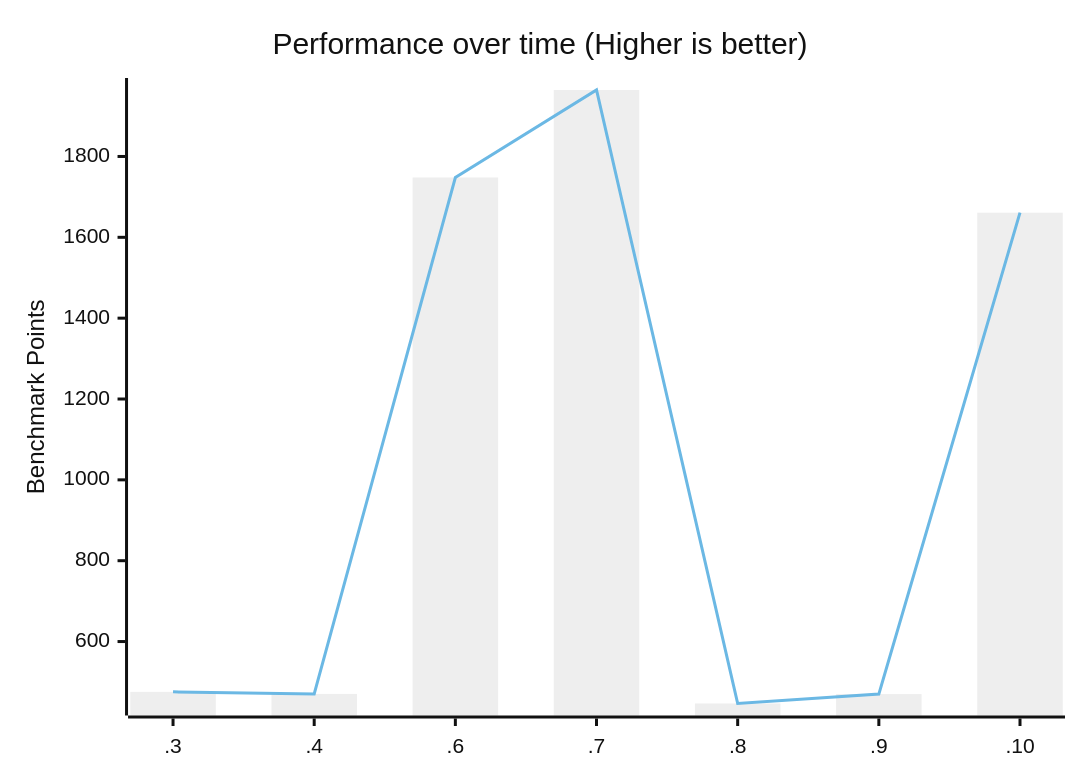
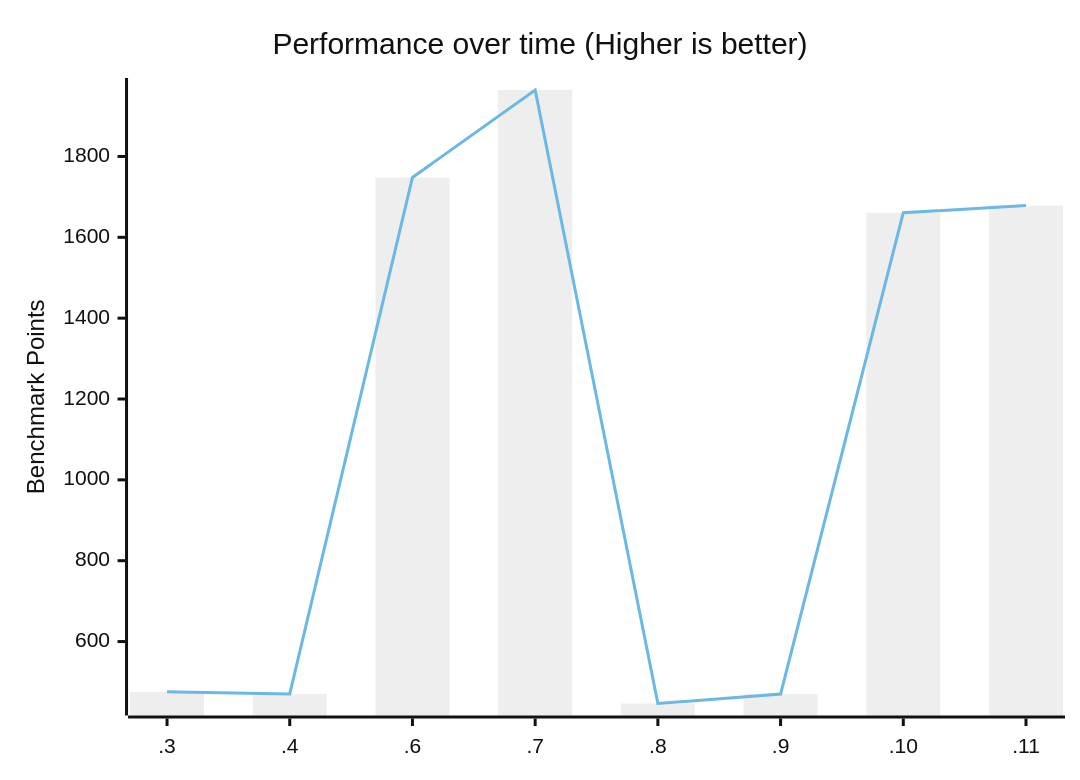
The second of 2 diagrams in Performance.md (zen-browser/desktop), drawn with Mermaid (neutral theme) before and after one commit.

````diff
--- a/Performance.md
+++ b/Performance.md
@@ -55,8 +55,8 @@
 ```mermaid
 xychart-beta
     title "Performance over time (Higher is better)"
-    x-axis [.3, .4, .6, .7, .8, .9, .10]
+    x-axis [.3, .4, .6, .7, .8, .9, .10, .11]
     y-axis "Benchmark Points"
-    bar [475.52, 470.49, 1747.98, 1964.43, 446.74, 470, 1660.89]
-    line [475.52, 470.49, 1747.98, 1964.43, 446.74, 470, 1660.89]
+    bar [475.52, 470.49, 1747.98, 1964.43, 446.74, 470, 1660.89, 1678.49]
+    line [475.52, 470.49, 1747.98, 1964.43, 446.74, 470, 1660.89, 1678.49]
 ```
````
